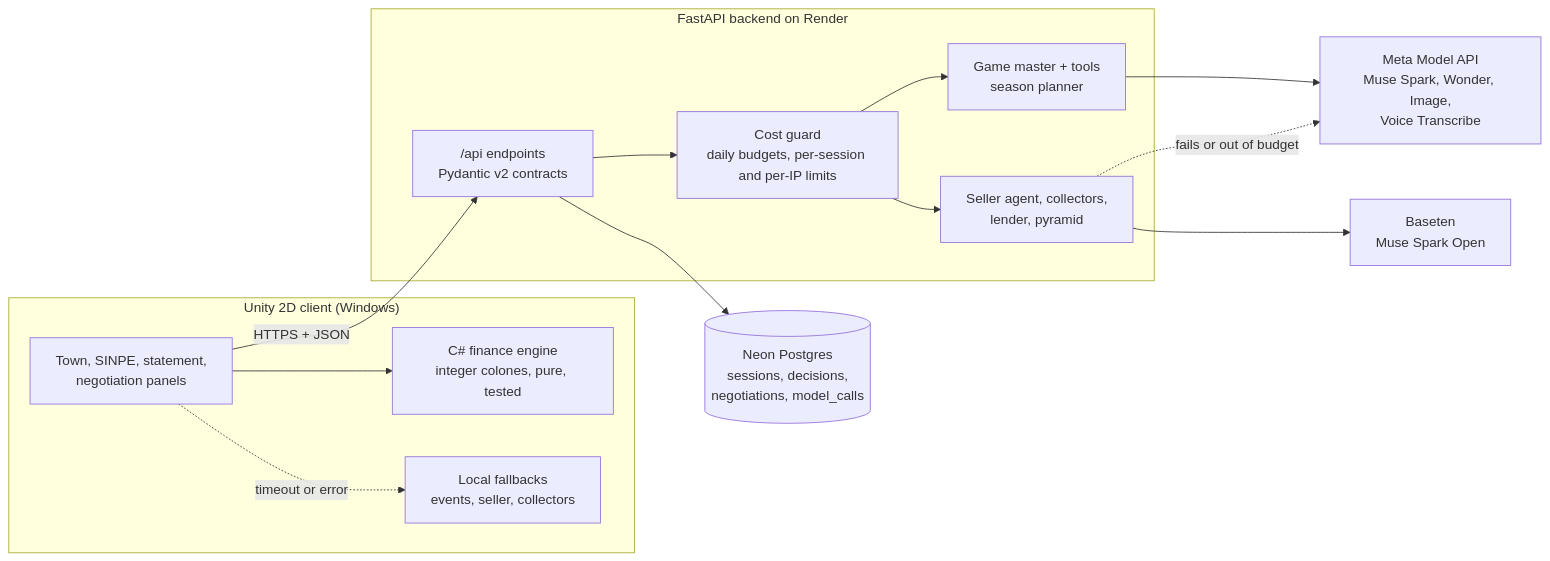
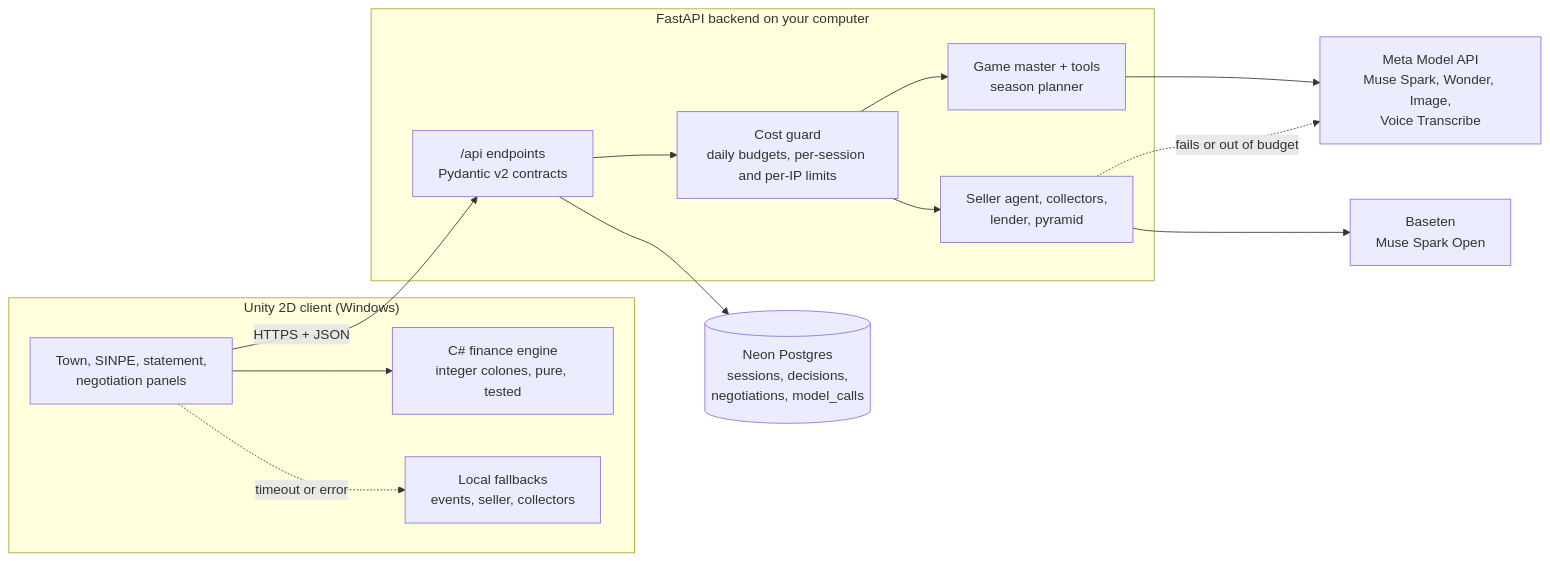
Before and after one commit to keylorpineda/ColonQuest: the diagram in docs/architecture.md, drawn with Mermaid. The commit also changed other lines of this file and 26 other files, not shown here.

````diff
--- a/docs/architecture.md
+++ b/docs/architecture.md
@@ -8,30 +8,30 @@
 ```mermaid
 flowchart LR
     subgraph Client["Unity 2D client (Windows)"]
         Engine["C# finance engine<br/>integer colones, pure, tested"]
         UI["Town, SINPE, statement,<br/>negotiation panels"]
         Local["Local fallbacks<br/>events, seller, collectors"]
     end
 
-    subgraph Backend["FastAPI backend on Render"]
+    subgraph Backend["FastAPI backend on your computer"]
         API["/api endpoints<br/>Pydantic v2 contracts"]
         Guard["Cost guard<br/>daily budgets, per-session and per-IP limits"]
         GM["Game master + tools<br/>season planner"]
         Talk["Seller agent, collectors,<br/>lender, pyramid"]
     end
 
     Meta["Meta Model API<br/>Muse Spark, Wonder, Image,<br/>Voice Transcribe"]
     Open["Baseten<br/>Muse Spark Open"]
     DB[("Neon Postgres<br/>sessions, decisions,<br/>negotiations, model_calls")]
 
     UI --> Engine
     UI -- "HTTPS + JSON" --> API
     UI -. "timeout or error" .-> Local
     API --> Guard
     Guard --> GM
     Guard --> Talk
     GM --> Meta
     Talk --> Open
     Talk -. "fails or out of budget" .-> Meta
     API --> DB
 ```
````
